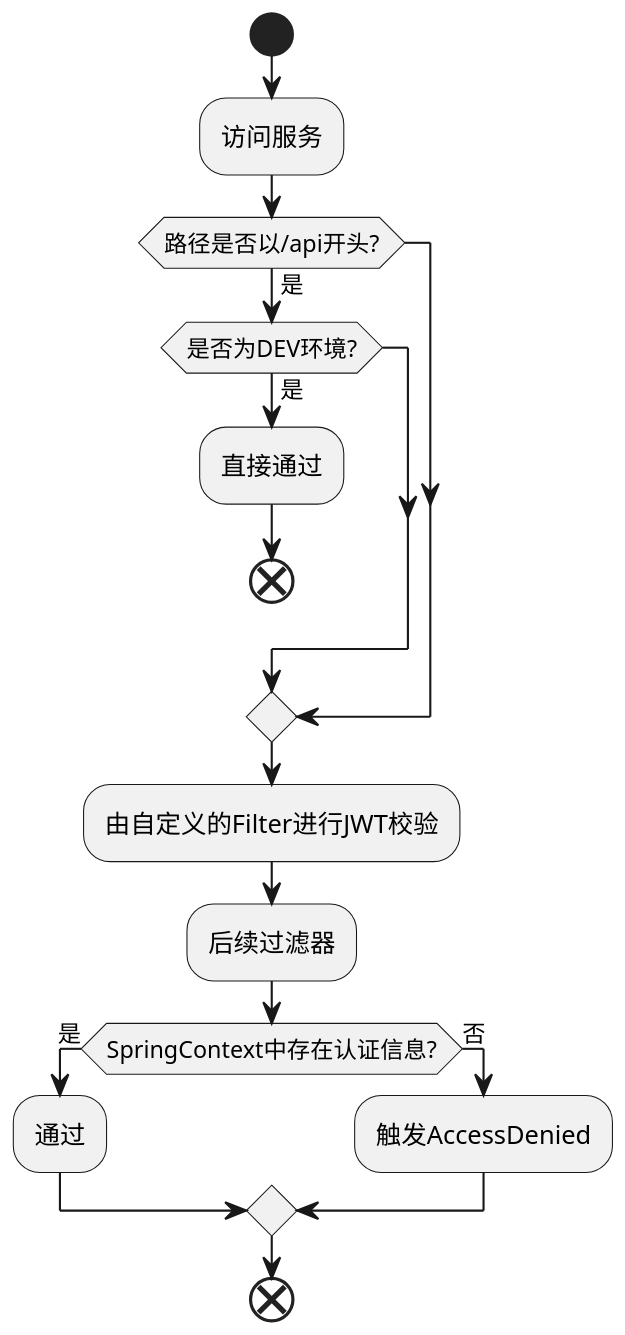
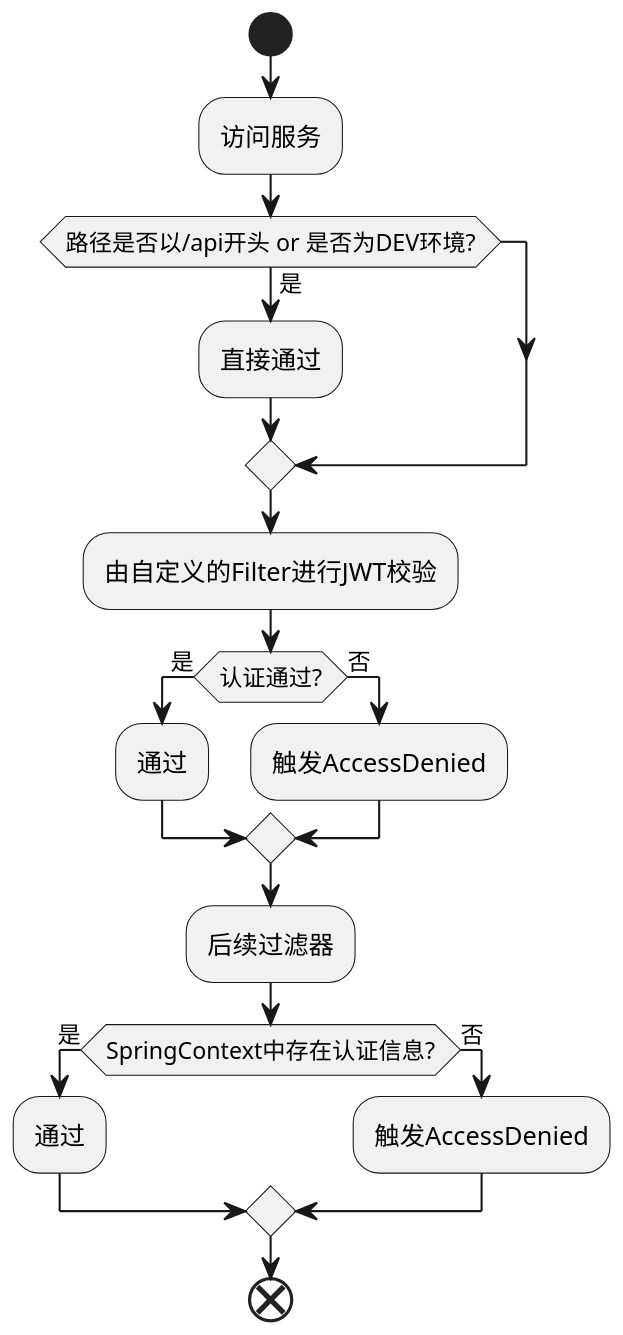
Before and after one commit to Code-Agitator/star-questionnaire-backend: the diagram in document/流程图/SpringSecurity流程图.puml, drawn with PlantUML. The commit also changed 4 other files, not shown here.

```diff
--- a/document/流程图/SpringSecurity流程图.puml
+++ b/document/流程图/SpringSecurity流程图.puml
@@ -2,47 +2,49 @@
 @startuml
 scale 1920*1080
 '配置区
 
 
 ' 顶部
 ' header 食途科技
 'title 动态
 '主体区
 start
 :访问服务;
-if (路径是否以/api开头?) is (是) then
-  if(是否为DEV环境?) is (是) then
+if (路径是否以/api开头 or 是否为DEV环境?) is (是) then
     :直接通过;
-    end
-  endif
 endif
 :由自定义的Filter进行JWT校验;
+if(认证通过?) is (是) then
+  :通过;
+else (否)
+  :触发AccessDenied;
+endif
 :后续过滤器;
 if(SpringContext中存在认证信息?) is (是) then
   :通过;
 else (否)
   :触发AccessDenied;
 endif
 end
 
 '尾部
 'caption
 '说明:
 '动态模块业务流程
 
 'end caption
 
 
 '样式区
 <style>
 
 caption{
 FontColor Black
 }
 header{
 FontColor Black
 FontSize 18
 }
 </style>
 
 @enduml
```
